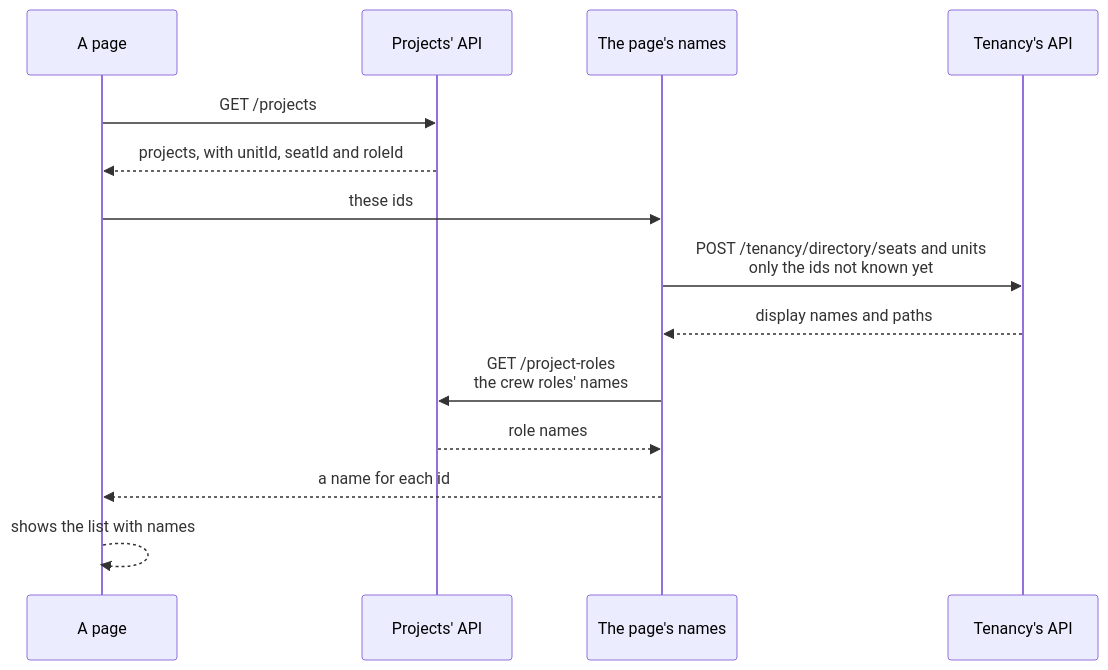
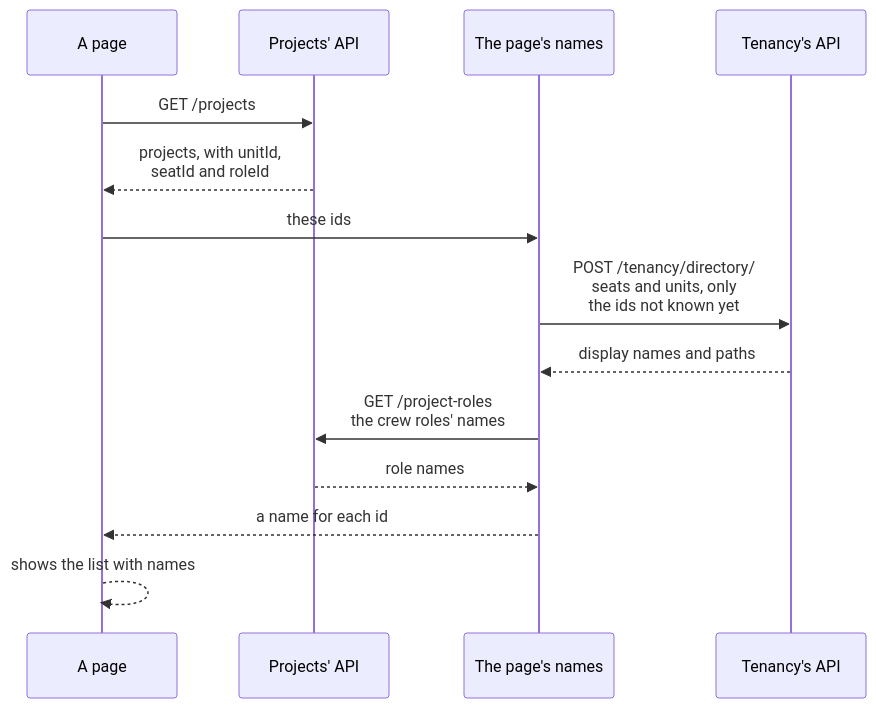
One commit to DylanSnel/DDDToolkit changed the eighth of 22 diagrams in docs/tenancy.md. Above: the diagram before and after it, drawn with Mermaid. The commit also changed other lines of this file and 9 other files, not shown here.

````diff
--- a/docs/tenancy.md
+++ b/docs/tenancy.md
@@ -1103,17 +1103,17 @@
 ```mermaid
 sequenceDiagram
     participant Page as A page
     participant Projects as Projects' API
     participant Names as The page's names
     participant Tenancy as Tenancy's API
 
     Page->>Projects: GET /projects
-    Projects-->>Page: projects, with unitId, seatId and roleId
+    Projects-->>Page: projects, with unitId,<br/>seatId and roleId
     Page->>Names: these ids
-    Names->>Tenancy: POST /tenancy/directory/seats and units<br/>only the ids not known yet
+    Names->>Tenancy: POST /tenancy/directory/<br/>seats and units, only<br/>the ids not known yet
     Tenancy-->>Names: display names and paths
     Names->>Projects: GET /project-roles<br/>the crew roles' names
     Projects-->>Names: role names
     Names-->>Page: a name for each id
     Page-->>Page: shows the list with names
 ```
````
